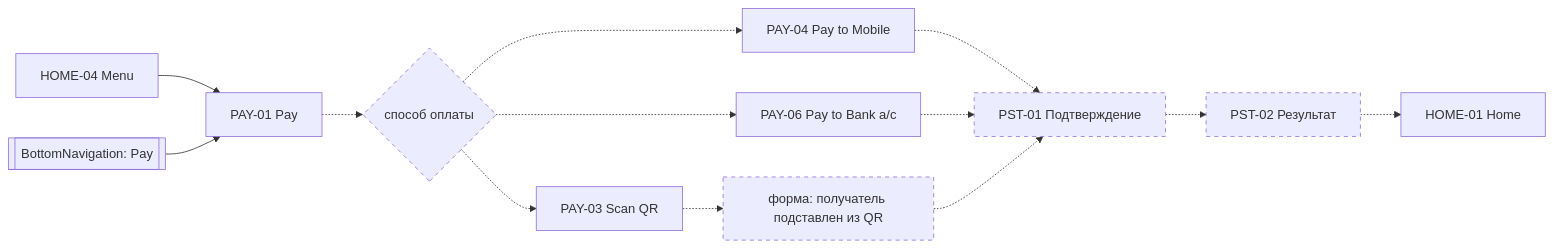
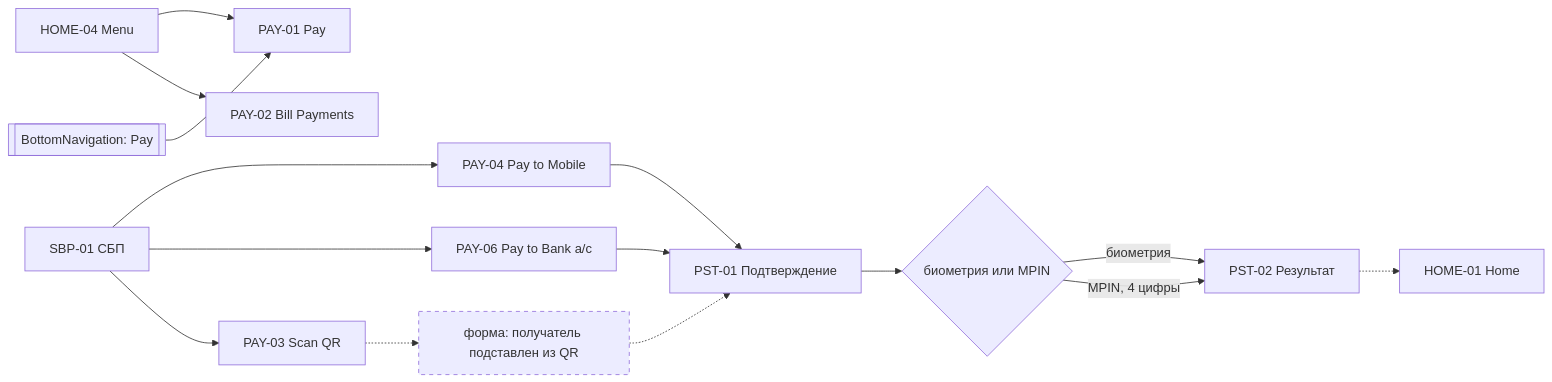
One commit to Shustrjak/claude_repo changed the third of 7 diagrams in docs/ui/USER_FLOWS.md. Above: the diagram before and after it, drawn with Mermaid. The commit also changed other lines of this file and 6 other files, not shown here.

First line of the commit message:
Apply decisions D-07..D-15 to UI spec and roadmap

````diff
--- a/docs/ui/USER_FLOWS.md
+++ b/docs/ui/USER_FLOWS.md
@@ -75,17 +87,19 @@
 ```mermaid
 flowchart LR
+  SBP01[SBP-01 СБП] --> PAY04[PAY-04 Pay to Mobile]
+  SBP01 --> PAY06[PAY-06 Pay to Bank a/c]
+  SBP01 --> PAY03[PAY-03 Scan QR]
+  PAY03 -.-> FORM[форма: получатель подставлен из QR]
+  PAY04 --> CONF[PST-01 Подтверждение]
+  PAY06 --> CONF
+  FORM -.-> CONF
+  CONF --> AUTHM{биометрия или MPIN}
+  AUTHM -- биометрия --> RES[PST-02 Результат]
+  AUTHM -- "MPIN, 4 цифры" --> RES
+  RES -.-> HOME01[HOME-01 Home]
   MENU[HOME-04 Menu] --> PAY01[PAY-01 Pay]
   NAV[[BottomNavigation: Pay]] --> PAY01
-  PAY01 -.-> METHOD{способ оплаты}
-  METHOD -.-> PAY03[PAY-03 Scan QR]
-  METHOD -.-> PAY04[PAY-04 Pay to Mobile]
-  METHOD -.-> PAY06[PAY-06 Pay to Bank a/c]
-  PAY03 -.-> FORM[форма: получатель подставлен из QR]
-  PAY04 -.-> CONF[PST-01 Подтверждение]
-  PAY06 -.-> CONF
-  FORM -.-> CONF
-  CONF -.-> RES[PST-02 Результат]
-  RES -.-> HOME01[HOME-01 Home]
+  MENU --> PAY02[PAY-02 Bill Payments]
   classDef proposed stroke-dasharray: 5 5
-  class CONF,RES,FORM,METHOD proposed
+  class FORM proposed
 ```
````
